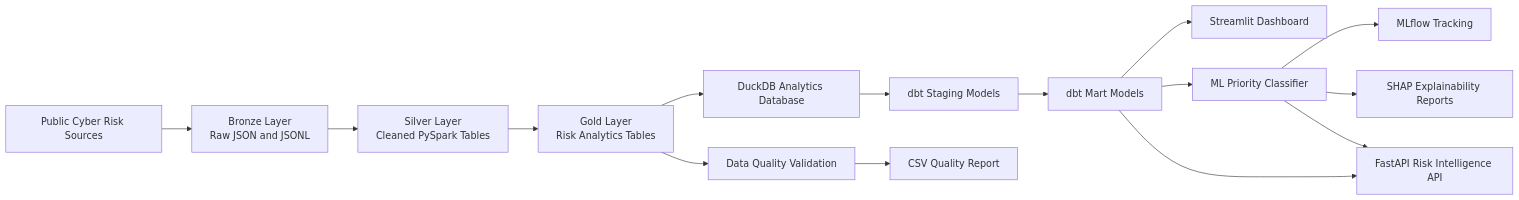
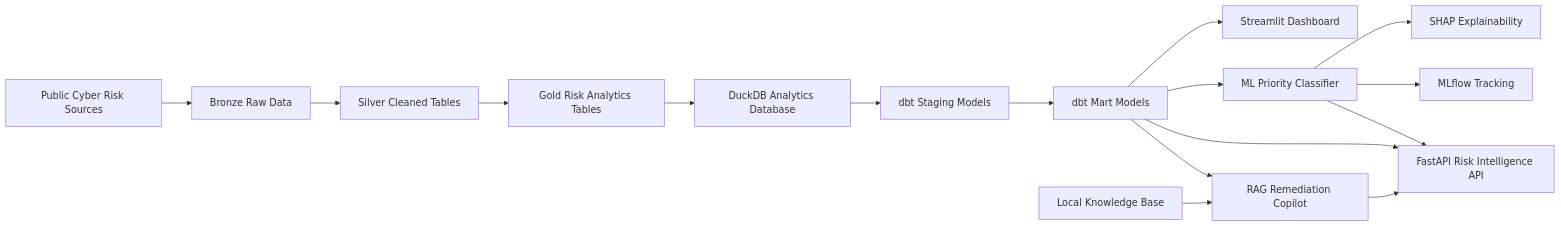
The diagram in README.md (momo840505/cyber-risk-intelligence-lakehouse), drawn with Mermaid before and after one commit. The commit also changed other lines of this file, not shown here.

Commit message:
Update README with RAG remediation copilot

````diff
--- a/README.md
+++ b/README.md
@@ -34,21 +51,18 @@
 ```mermaid
 flowchart LR
-    A[Public Cyber Risk Sources] --> B[Bronze Layer<br/>Raw JSON and JSONL]
-    B --> C[Silver Layer<br/>Cleaned PySpark Tables]
-    C --> D[Gold Layer<br/>Risk Analytics Tables]
-
+    A[Public Cyber Risk Sources] --> B[Bronze Raw Data]
+    B --> C[Silver Cleaned Tables]
+    C --> D[Gold Risk Analytics Tables]
     D --> E[DuckDB Analytics Database]
-    D --> F[Data Quality Validation]
-    F --> G[CSV Quality Report]
-
-    E --> H[dbt Staging Models]
-    H --> I[dbt Mart Models]
-
-    I --> J[Streamlit Dashboard]
-    I --> K[ML Priority Classifier]
-    I --> L[FastAPI Risk Intelligence API]
-
-    K --> M[MLflow Tracking]
-    K --> N[SHAP Explainability Reports]
-    K --> L
+    E --> F[dbt Staging Models]
+    F --> G[dbt Mart Models]
+    G --> H[Streamlit Dashboard]
+    G --> I[ML Priority Classifier]
+    I --> J[SHAP Explainability]
+    I --> K[MLflow Tracking]
+    G --> L[FastAPI Risk Intelligence API]
+    I --> L
+    G --> M[RAG Remediation Copilot]
+    M --> L
+    N[Local Knowledge Base] --> M
 ```
````
